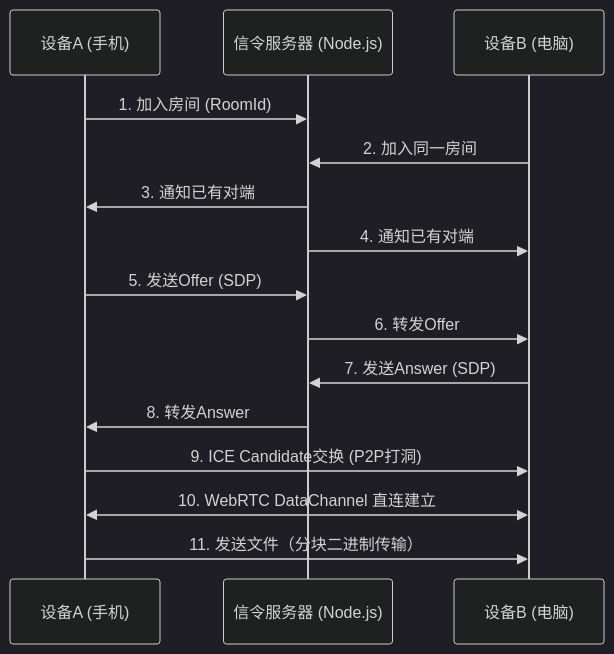
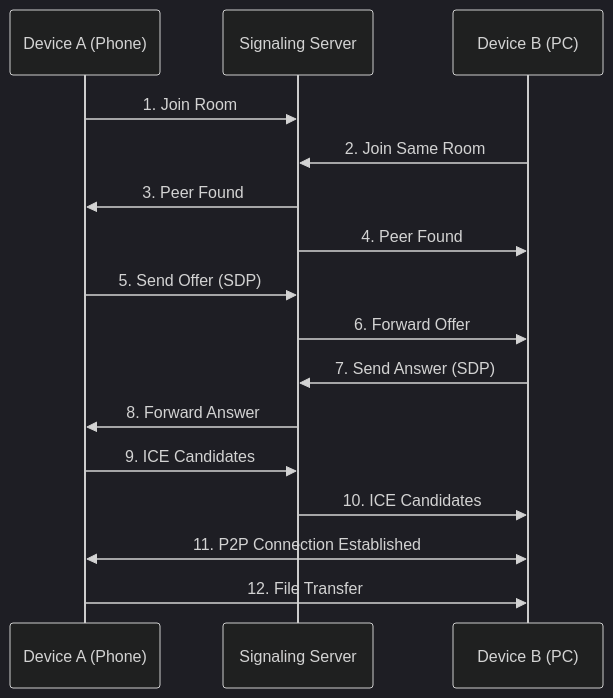
Before and after one commit to Tianshang301/AirDrop-Web: the diagram in README.md, drawn with Mermaid (dark theme). The commit also changed other lines of this file and 2 other files, not shown here.

````diff
--- a/README.md
+++ b/README.md
@@ -101,18 +73,19 @@
 ```mermaid
 sequenceDiagram
-    participant A as 设备A (手机)
-    participant S as 信令服务器 (Node.js)
-    participant B as 设备B (电脑)
+    participant A as Device A (Phone)
+    participant S as Signaling Server
+    participant B as Device B (PC)
 
-    A->>S: 1. 加入房间 (RoomId)
-    B->>S: 2. 加入同一房间
-    S->>A: 3. 通知已有对端
-    S->>B: 4. 通知已有对端
-    A->>S: 5. 发送Offer (SDP)
-    S->>B: 6. 转发Offer
-    B->>S: 7. 发送Answer (SDP)
-    S->>A: 8. 转发Answer
-    A->>B: 9. ICE Candidate交换 (P2P打洞)
-    A<<->>B: 10. WebRTC DataChannel 直连建立
-    A->>B: 11. 发送文件（分块二进制传输）
+    A->>S: 1. Join Room
+    B->>S: 2. Join Same Room
+    S->>A: 3. Peer Found
+    S->>B: 4. Peer Found
+    A->>S: 5. Send Offer (SDP)
+    S->>B: 6. Forward Offer
+    B->>S: 7. Send Answer (SDP)
+    S->>A: 8. Forward Answer
+    A->>S: 9. ICE Candidates
+    S->>B: 10. ICE Candidates
+    A<<->>B: 11. P2P Connection Established
+    A->>B: 12. File Transfer
 ```
````
